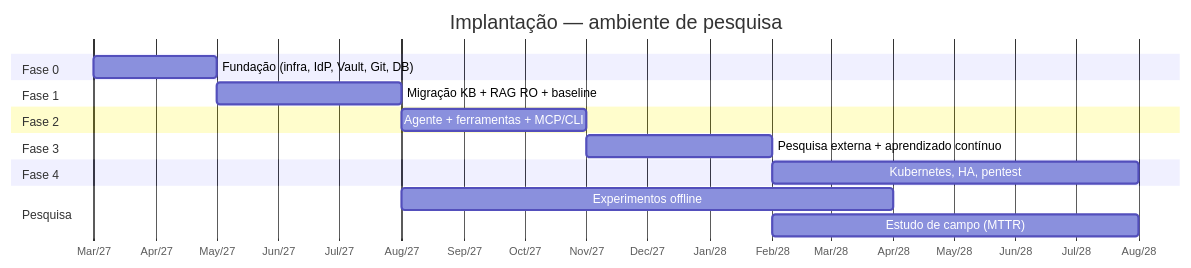
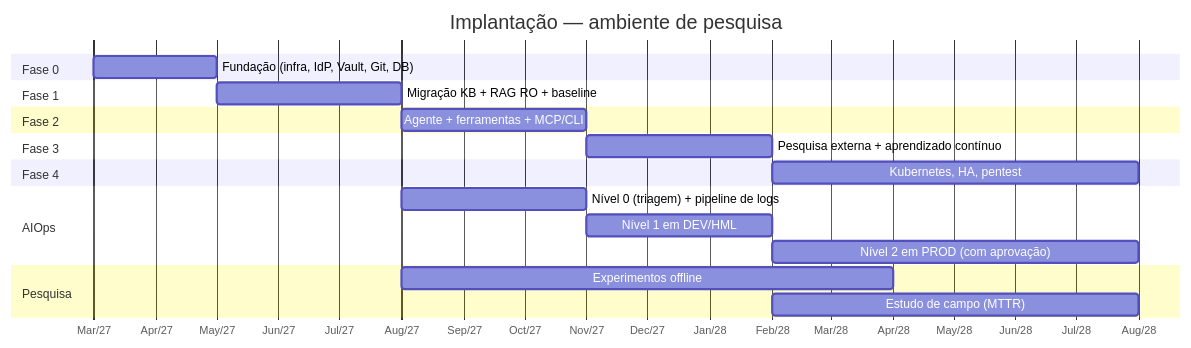
One commit to svponte/ppca.preprojeto changed the diagram in docs/09-plano-de-implantacao.md. Above: the diagram before and after it, drawn with Mermaid. The commit also changed other lines of this file and 21 other files, not shown here.

Commit message:
Aplica decisões de 2026-11-11: enquadramento AIOps, LMISup, autonomia graduada, pipeline de logs (ADR-010 a 016)

````diff
--- a/docs/09-plano-de-implantacao.md
+++ b/docs/09-plano-de-implantacao.md
@@ -60,19 +68,23 @@
 ```mermaid
 gantt
     dateFormat  YYYY-MM
     axisFormat  %b/%y
     title Implantação — ambiente de pesquisa
     section Fase 0
     Fundação (infra, IdP, Vault, Git, DB)   :f0, 2027-03, 2M
     section Fase 1
     Migração KB + RAG RO + baseline         :f1, after f0, 3M
     section Fase 2
     Agente + ferramentas + MCP/CLI          :f2, after f1, 3M
     section Fase 3
     Pesquisa externa + aprendizado contínuo :f3, after f2, 3M
     section Fase 4
     Kubernetes, HA, pentest                 :f4, after f3, 6M
+    section AIOps
+    Nível 0 (triagem) + pipeline de logs    :a0, after f1, 3M
+    Nível 1 em DEV/HML                      :a1, after a0, 3M
+    Nível 2 em PROD (com aprovação)         :a2, after a1, 6M
     section Pesquisa
     Experimentos offline                    :e1, after f1, 8M
     Estudo de campo (MTTR)                  :e2, after f3, 6M
 ```
````
